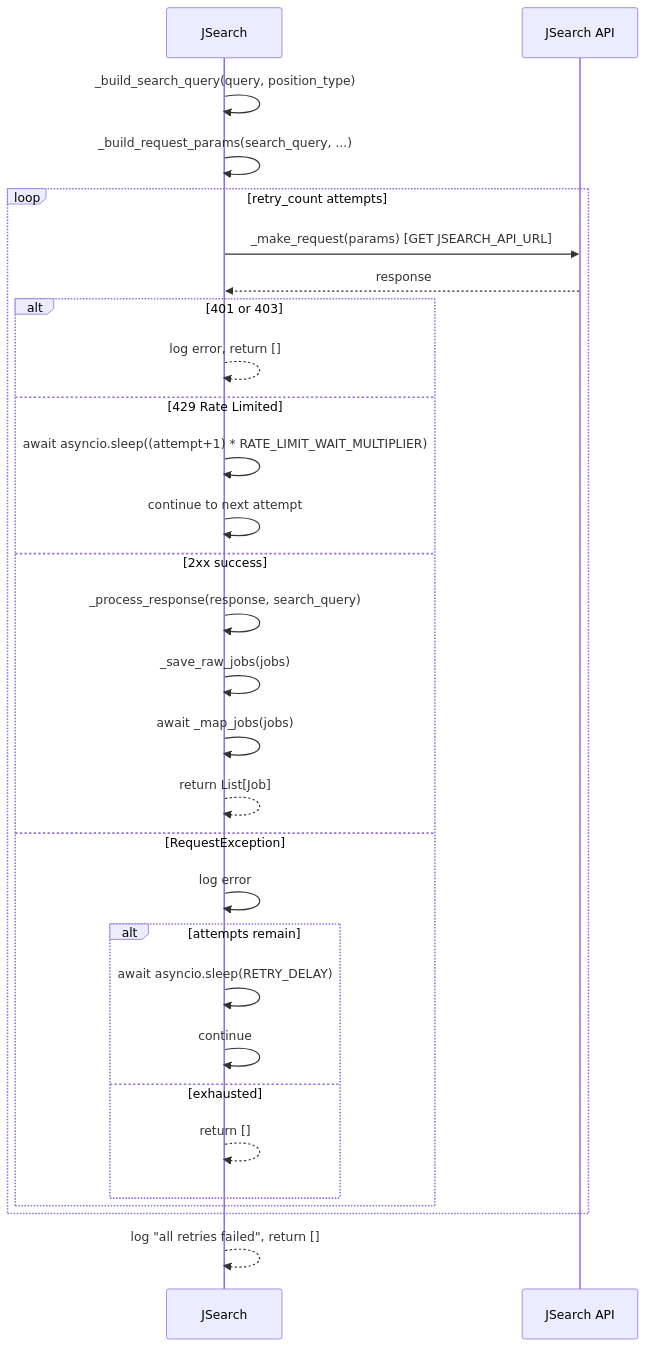
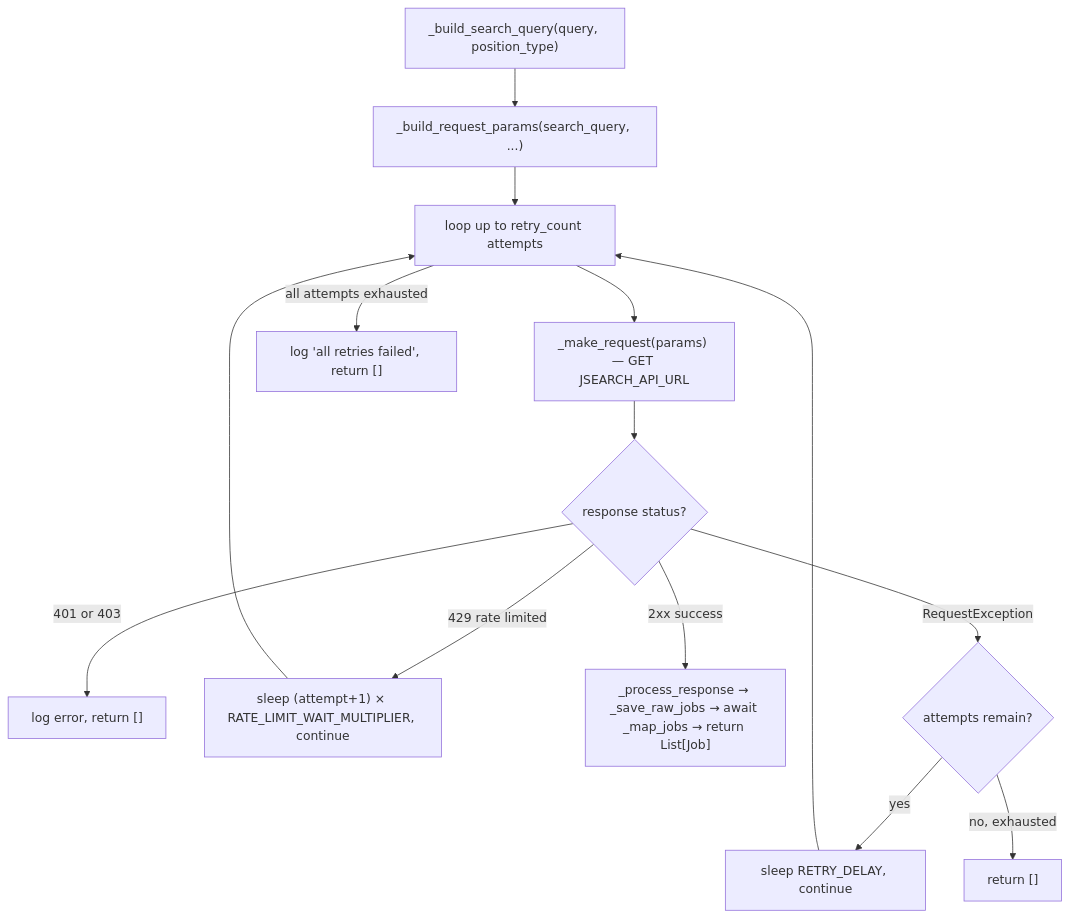
Before and after one commit to AustinDwomoh/libra: the second of 3 diagrams in docs/diagrams/jsearch_seq.md, drawn with Mermaid. The commit also changed other lines of this file and 17 other files, not shown here.

First line of the commit message:
Convert Mermaid sequences to flowcharts

````diff
--- a/docs/diagrams/jsearch_seq.md
+++ b/docs/diagrams/jsearch_seq.md
@@ -26,37 +15,17 @@
 ```mermaid
-%% sequenceDiagram — fetch_positions (single page with retry logic)
-sequenceDiagram
-    participant JS as JSearch
-    participant API as JSearch API
-
-    JS->>JS: _build_search_query(query, position_type)
-    JS->>JS: _build_request_params(search_query, ...)
-
-    loop retry_count attempts
-        JS->>API: _make_request(params) [GET JSEARCH_API_URL]
-        API-->>JS: response
-
-        alt 401 or 403
-            JS-->>JS: log error, return []
-        else 429 Rate Limited
-            JS->>JS: await asyncio.sleep((attempt+1) * RATE_LIMIT_WAIT_MULTIPLIER)
-            JS->>JS: continue to next attempt
-        else 2xx success
-            JS->>JS: _process_response(response, search_query)
-            JS->>JS: _save_raw_jobs(jobs)
-            JS->>JS: await _map_jobs(jobs)
-            JS-->>JS: return List[Job]
-        else RequestException
-            JS->>JS: log error
-            alt attempts remain
-                JS->>JS: await asyncio.sleep(RETRY_DELAY)
-                JS->>JS: continue
-            else exhausted
-                JS-->>JS: return []
-            end
-        end
-    end
-
-    JS-->>JS: log "all retries failed", return []
-
+%% flowchart — fetch_positions (single page with retry logic)
+flowchart TD
+    A["_build_search_query(query, position_type)"] --> B["_build_request_params(search_query, ...)"]
+    B --> C[loop up to retry_count attempts]
+    C --> D["_make_request(params) — GET JSEARCH_API_URL"]
+    D --> E{response status?}
+    E -->|401 or 403| F["log error, return []"]
+    E -->|429 rate limited| G["sleep (attempt+1) × RATE_LIMIT_WAIT_MULTIPLIER, continue"]
+    E -->|2xx success| H["_process_response → _save_raw_jobs → await _map_jobs → return List[Job]"]
+    E -->|RequestException| I{attempts remain?}
+    I -->|yes| J["sleep RETRY_DELAY, continue"]
+    I -->|no, exhausted| K["return []"]
+    G --> C
+    J --> C
+    C -->|all attempts exhausted| L["log 'all retries failed', return []"]
 ```
````
